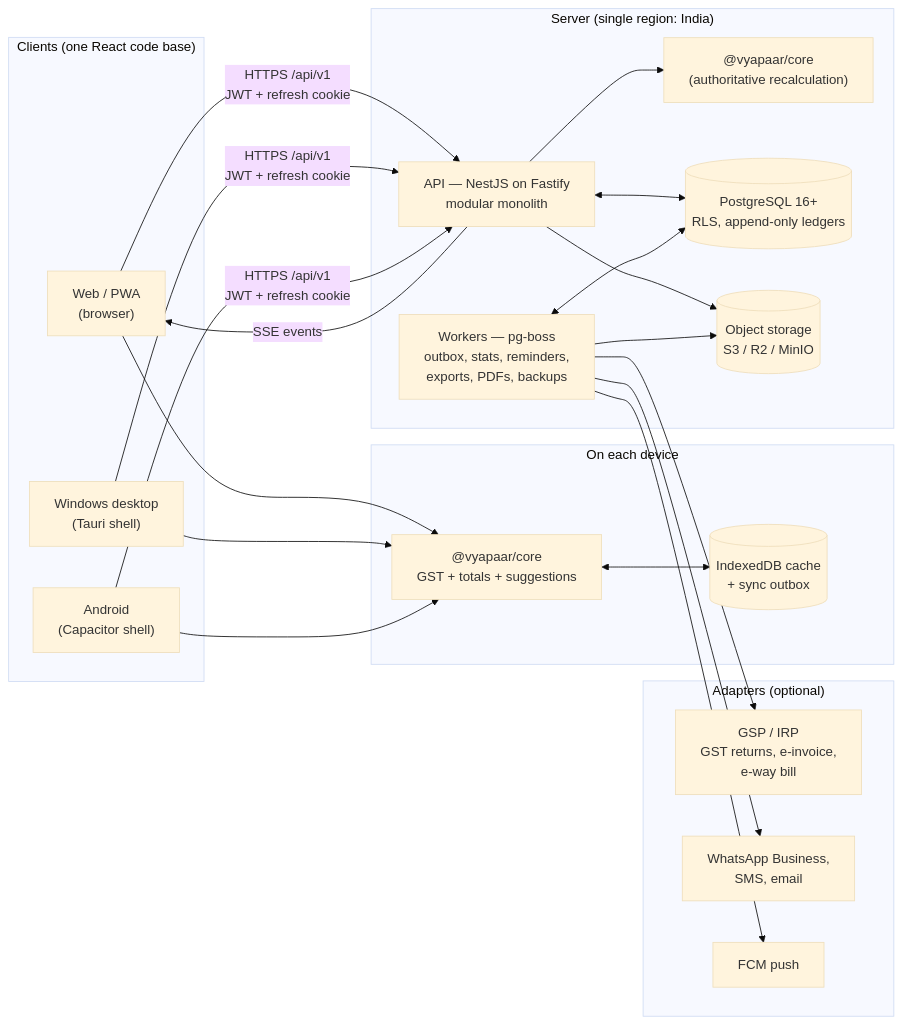
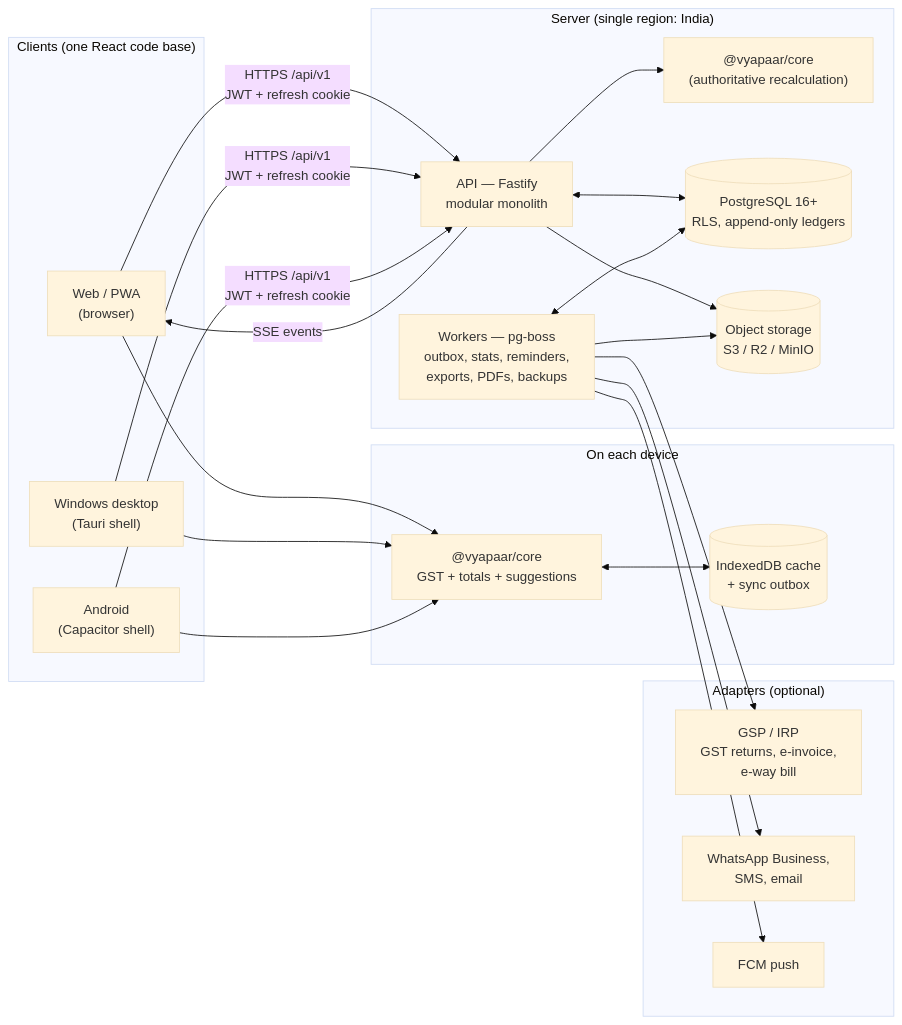
The first of 3 diagrams in docs/01-architecture.md (shailendrasahug010/BillingSystem), drawn with Mermaid (base theme) before and after one commit. The commit also changed other lines of this file and 6 other files, not shown here.

First line of the commit message:
Document Phase 3: Fastify API, SaaS tenancy, how to run and deploy

````diff
--- a/docs/01-architecture.md
+++ b/docs/01-architecture.md
@@ -32,38 +32,38 @@
 ```mermaid
 flowchart LR
   subgraph Clients["Clients (one React code base)"]
     WEB["Web / PWA<br/>(browser)"]
     WIN["Windows desktop<br/>(Tauri shell)"]
     AND["Android<br/>(Capacitor shell)"]
   end
 
   subgraph Device["On each device"]
     CORE1["@vyapaar/core<br/>GST + totals + suggestions"]
     IDB[("IndexedDB cache<br/>+ sync outbox")]
   end
 
   subgraph Server["Server (single region: India)"]
-    API["API — NestJS on Fastify<br/>modular monolith"]
+    API["API — Fastify<br/>modular monolith"]
     CORE2["@vyapaar/core<br/>(authoritative recalculation)"]
     JOBS["Workers — pg-boss<br/>outbox, stats, reminders,<br/>exports, PDFs, backups"]
     PG[("PostgreSQL 16+<br/>RLS, append-only ledgers")]
     OBJ[("Object storage<br/>S3 / R2 / MinIO")]
   end
 
   subgraph External["Adapters (optional)"]
     GSP["GSP / IRP<br/>GST returns, e-invoice,<br/>e-way bill"]
     MSG["WhatsApp Business,<br/>SMS, email"]
     PUSH["FCM push"]
   end
 
   WEB & WIN & AND --> CORE1
   CORE1 <--> IDB
   WEB & WIN & AND -- "HTTPS /api/v1<br/>JWT + refresh cookie" --> API
   API --> CORE2
   API <--> PG
   JOBS <--> PG
   API --> OBJ
   JOBS --> OBJ
   JOBS --> GSP & MSG & PUSH
   API -- "SSE events" --> WEB
 ```
````
